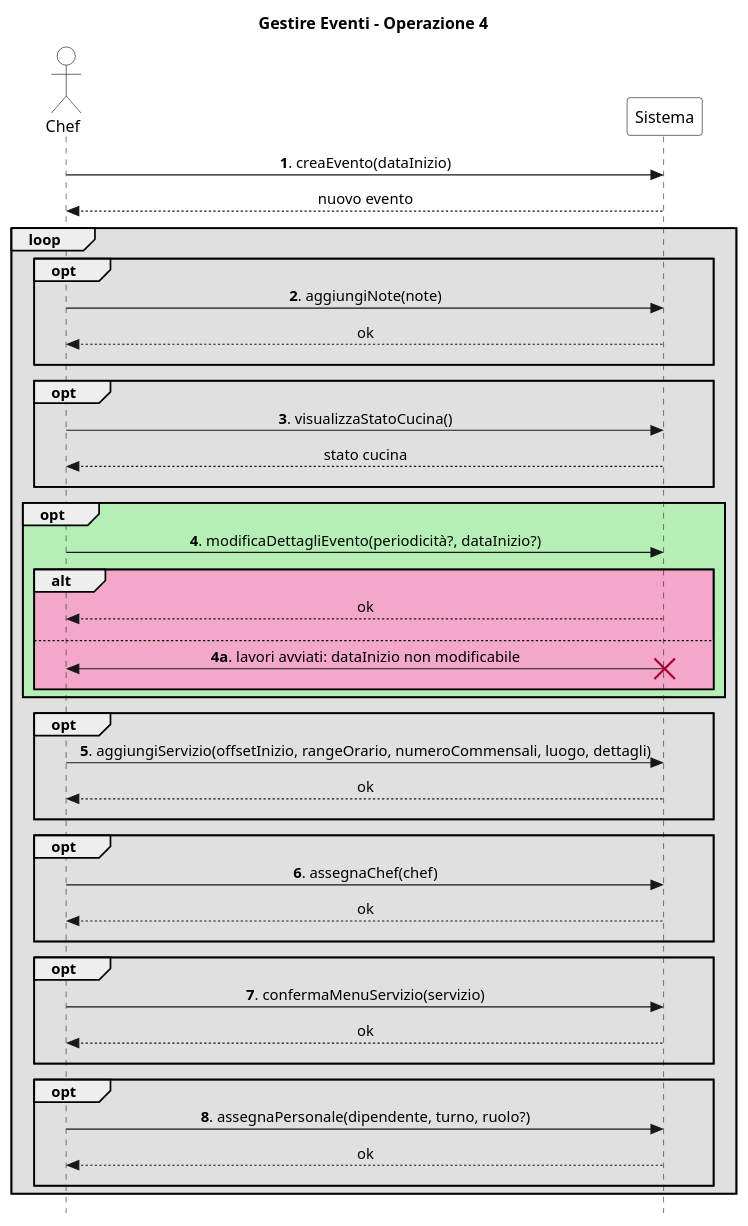
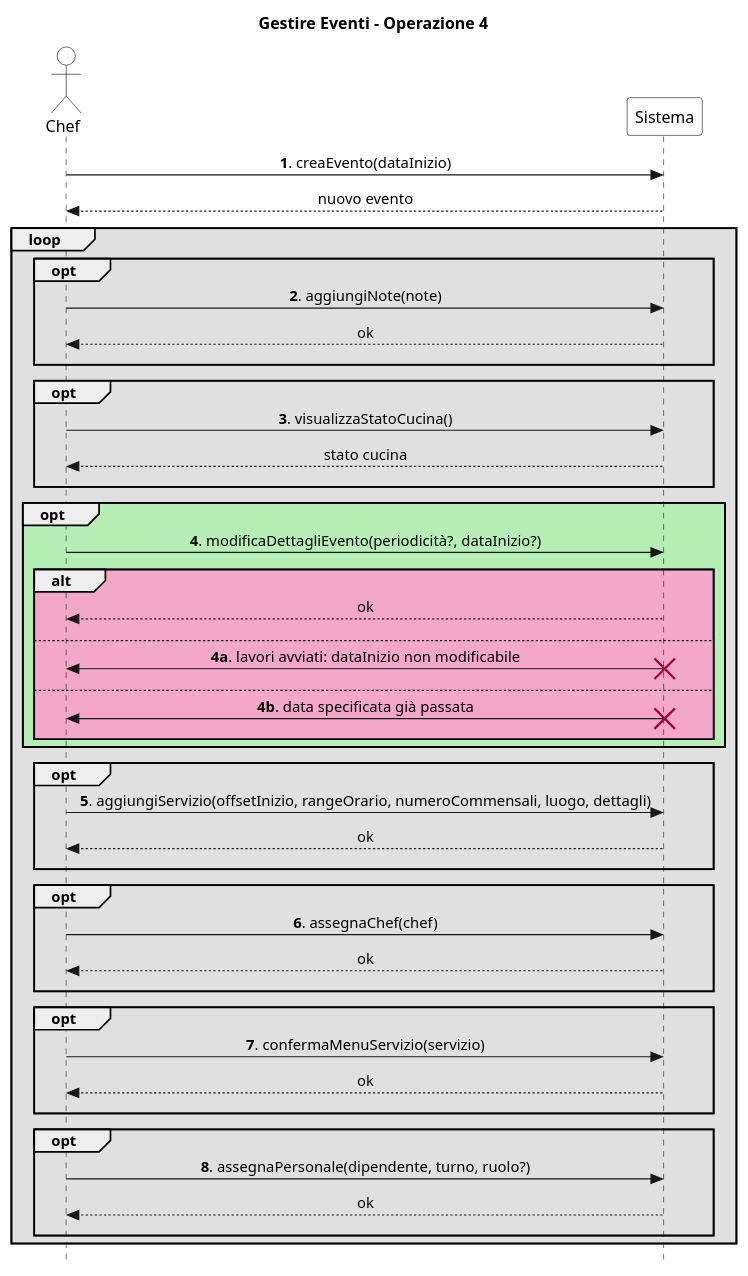
The diagram in UP/Requisiti/UC Gestire Eventi/SSD/Estensioni-Eccezioni Op4.puml (stefa168/sas-project), drawn with PlantUML before and after one commit. The commit also changed 2 other files, not shown here.

```diff
--- a/UP/Requisiti/UC Gestire Eventi/SSD/Estensioni-Eccezioni Op4.puml
+++ b/UP/Requisiti/UC Gestire Eventi/SSD/Estensioni-Eccezioni Op4.puml
@@ -1,69 +1,73 @@
 @startuml
 skinparam Style strictuml
 skinparam SequenceMessageAlign center
 
 skinparam sequence {
     ActorBorderColor Black
     ActorBackgroundColor White
     ParticipantBorderColor Black
     ParticipantBackgroundColor White
 }
 
 actor Chef
 participant Sistema
 
 title Gestire Eventi - Operazione 4
 
 Chef -> Sistema: **1**. creaEvento(dataInizio)
 return nuovo evento
 
 loop #e0e0e0
     opt #e0e0e0
         Chef -> Sistema: **2**. aggiungiNote(note)
         return ok
         ||10||
     end
 
     opt #e0e0e0
         Chef -> Sistema: **3**. visualizzaStatoCucina()
         return stato cucina
         ||10||
     end
 
     opt #b6efb6
             Chef -> Sistema: **4**. modificaDettagliEvento(periodicità?, dataInizio?)
         alt #f3a7c9
             return ok
             ||10||
         else
             Chef <- Sistema: **4a**. lavori avviati: dataInizio non modificabile
             destroy Sistema
             ||10||
+        else
+            Chef <- Sistema: **4b**. data specificata già passata
+            destroy Sistema
+            ||10||
         end
     end
 
     opt #e0e0e0
         Chef -> Sistema: **5**. aggiungiServizio(offsetInizio, rangeOrario, numeroCommensali, luogo, dettagli)
         return ok
         ||10||
     end
 
     opt #e0e0e0
         Chef -> Sistema: **6**. assegnaChef(chef)
         return ok
         ||10||
     end
 
     opt #e0e0e0
         Chef -> Sistema: **7**. confermaMenuServizio(servizio)
         return ok
         ||10||
     end
 
     opt #e0e0e0
         Chef -> Sistema: **8**. assegnaPersonale(dipendente, turno, ruolo?)
         return ok
         ||10||
     end
 end
 @enduml
```
